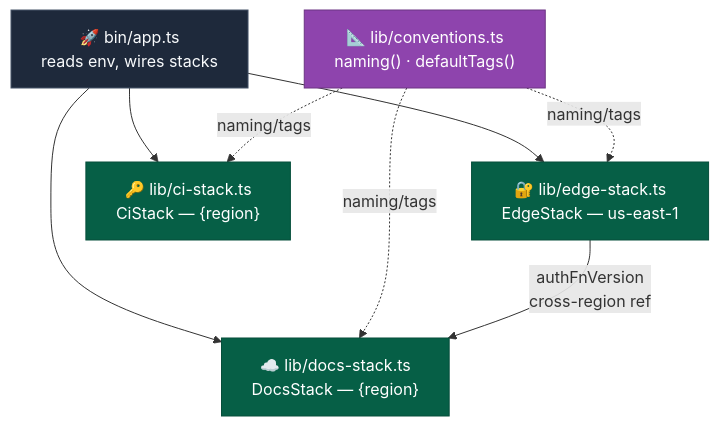
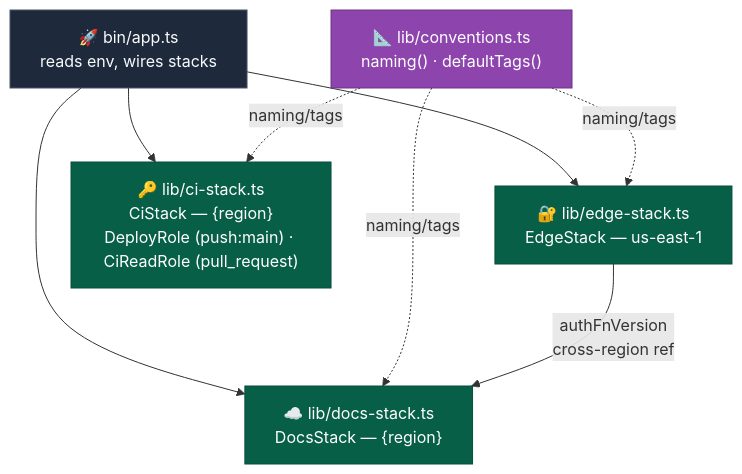
Before and after one commit to DataArt/adlc-discovery-tool: the diagram in docs/System Architecture (LLD)/Infrastructure/00. Overview.md, drawn with Mermaid. The commit also changed other lines of this file and 1 other file, not shown here.

First line of the commit message:
docs(infra): document the split CI/deploy OIDC roles in LLD and HLD

````diff
--- a/docs/System Architecture (LLD)/Infrastructure/00. Overview.md
+++ b/docs/System Architecture (LLD)/Infrastructure/00. Overview.md
@@ -7,21 +7,21 @@
 ```mermaid
 flowchart TD
     APP["🚀 bin/app.ts\nreads env, wires stacks"]:::app
     CONV["📐 lib/conventions.ts\nnaming() · defaultTags()"]:::conv
 
     EDGE["🔐 lib/edge-stack.ts\nEdgeStack — us-east-1"]:::stack
     DOCS["☁️ lib/docs-stack.ts\nDocsStack — {region}"]:::stack
-    CI["🔑 lib/ci-stack.ts\nCiStack — {region}"]:::stack
+    CI["🔑 lib/ci-stack.ts\nCiStack — {region}\nDeployRole (push:main) · CiReadRole (pull_request)"]:::stack
 
     APP --> EDGE
     APP --> DOCS
     APP --> CI
     CONV -.->|"naming/tags"| EDGE
     CONV -.->|"naming/tags"| DOCS
     CONV -.->|"naming/tags"| CI
     EDGE -->|"authFnVersion\ncross-region ref"| DOCS
 
     classDef app   fill:#1e293b,stroke:#475569,color:#f8fafc
     classDef conv  fill:#8E44AD,stroke:#6C3483,color:#fff
     classDef stack fill:#065F46,stroke:#064e3b,color:#fff
 ```
````
